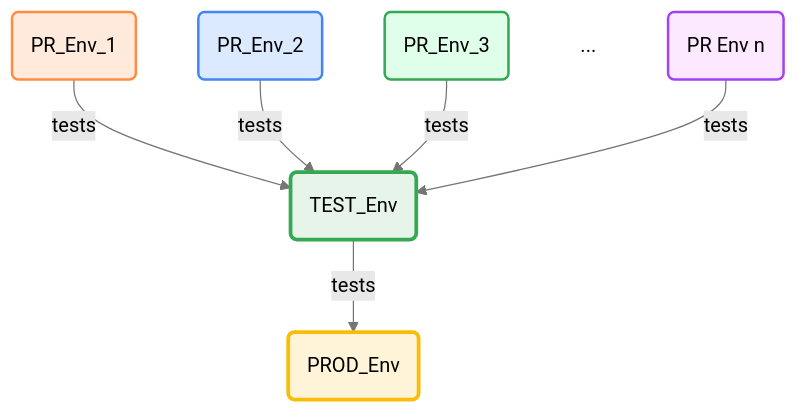
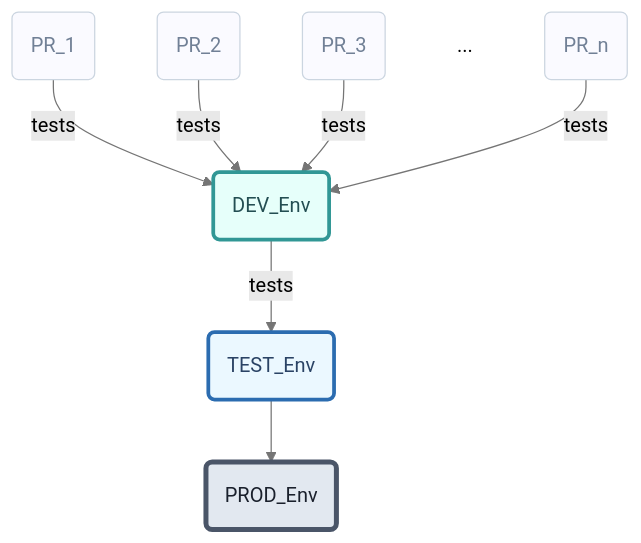
The first of 2 diagrams in .github/workflows/README.md (bcgov/tenant-management-system), drawn with Mermaid (forest theme) before and after one commit. The commit also changed other lines of this file, not shown here.

Commit message:
docs: CCP-3148 mermaid diagrams
Update the Mermaid diagrams as they didn't include the new DEV environment. Minor tweaks.

````diff
--- a/.github/workflows/README.md
+++ b/.github/workflows/README.md
@@ -35,23 +35,30 @@
 ```mermaid
 flowchart TD
-    A1(PR_Env_1) -->|tests| B
-    A2(PR_Env_2) -->|tests| B
-    A3(PR_Env_3) -->|tests| B
+    A1(PR_1) --> |tests| B(DEV_Env)
+    A2(PR_2) --> |tests| B
+    A3(PR_3) --> |tests| B
     Ad@{ shape: text, label: "..." }
-    An(PR Env n) -->|tests| B
-    B(TEST_Env) -->|tests| C(PROD_Env)
+    An(PR_n) --> |tests| B
+    B --> |tests| C(TEST_Env)
+    C --> D(PROD_Env)
 
     %% Define styles with good contrast for light/dark modes
-    %% PR Environments (using distinct, reasonably bright colors)
-    style A1 fill:#ffeadb,stroke:#ff8c42,stroke-width:2px,color:#5c3d1e  %% Light Orange/Orange
-    style A2 fill:#dbeaff,stroke:#4285f4,stroke-width:2px,color:#1a3f7a  %% Light Blue/Blue
-    style A3 fill:#dfffea,stroke:#34a853,stroke-width:2px,color:#154b24  %% Light Green/Green
-    style An fill:#fce8ff,stroke:#a142f4,stroke-width:2px,color:#4d1e7a  %% Light Purple/Purple
-    %% TEST Environment
-    style B fill:#e6f4ea,stroke:#34a853,stroke-width:3px,color:#154b24  %% Lighter Green/Green
-    %% PROD Environment
-    style C fill:#fff4d8,stroke:#fbbc05,stroke-width:3px,color:#7a5f01  %% Light Gold/Gold
+
+    %% PRs: Faded Grey
+    style A1 fill:#fafaff,stroke:#cbd5e0,stroke-width:1px,color:#718096
+    style A2 fill:#fafaff,stroke:#cbd5e0,stroke-width:1px,color:#718096
+    style A3 fill:#fafaff,stroke:#cbd5e0,stroke-width:1px,color:#718096
+    style An fill:#fafaff,stroke:#cbd5e0,stroke-width:1px,color:#718096
+
+    %% DEV: Fresh Teal
+    style B fill:#e6fffa,stroke:#319795,stroke-width:3px,color:#234e52
+
+    %% TEST: Deep Blue
+    style C fill:#ebf8ff,stroke:#2b6cb0,stroke-width:3px,color:#2a4365
+
+    %% PROD: Steel Metallic
+    style D fill:#e2e8f0,stroke:#4a5568,stroke-width:4px,color:#1a202c
 
     %% Link style
     linkStyle default stroke:#757575,stroke-width:1px
 ```
````
